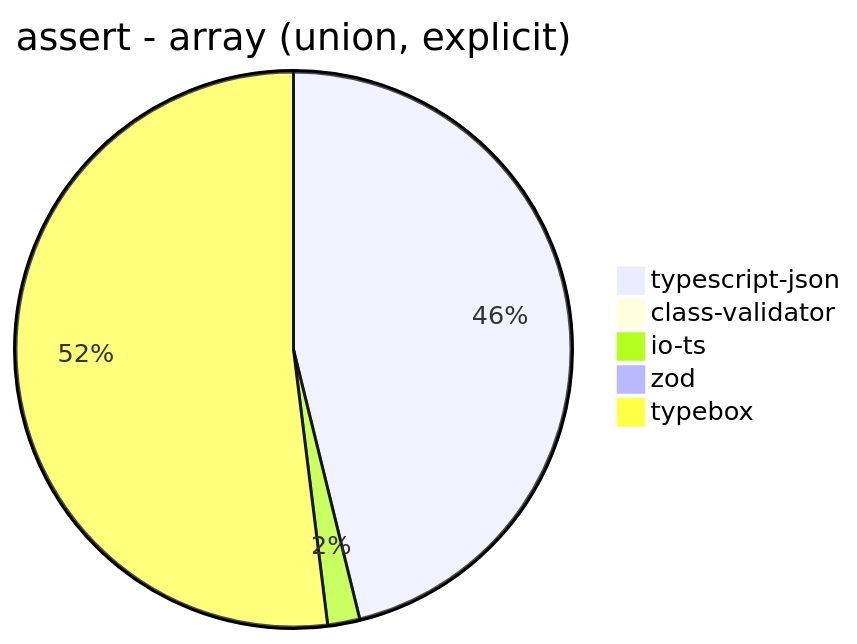
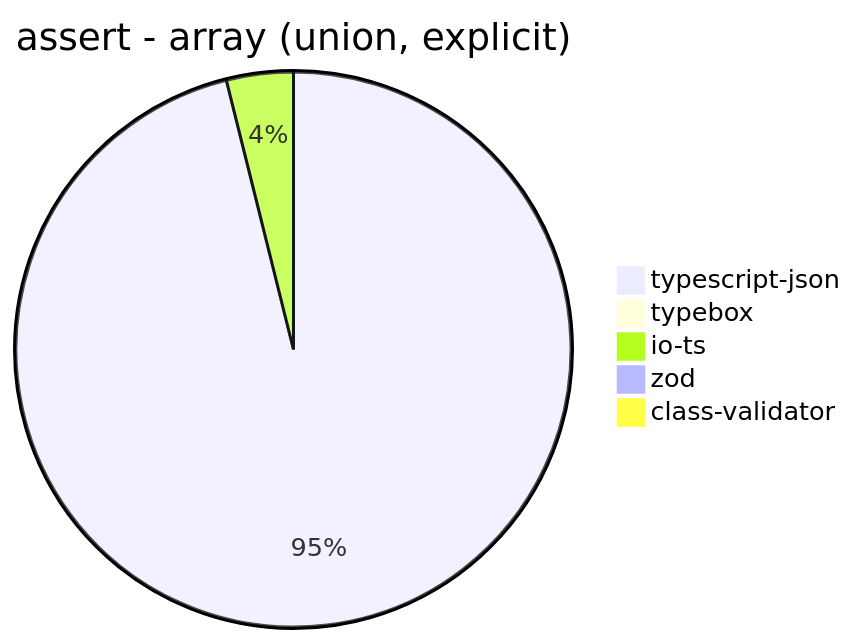
One commit to samchon/typia changed diagram 14 of 39 in benchmark/results/AMD Ryzen 7 3700X 8-Core Processor.md. Above: the diagram before and after it, drawn with Mermaid. The commit also changed other lines of this file and 10 other files, not shown here.

````diff
--- a/benchmark/results/AMD Ryzen 7 3700X 8-Core Processor.md
+++ b/benchmark/results/AMD Ryzen 7 3700X 8-Core Processor.md
@@ -176,8 +184,8 @@
 ```mermaid
 pie title assert - array (union, explicit)
-  "typescript-json": 1512.439658373561
-  "class-validator": 6.460193805814175
-  "io-ts": 61.206281227694504
-  "zod": 2.2522522522522523
-  "typebox": 1702.5870091196723
+  "typescript-json": 1479.6543032048974
+  "typebox": 13.333333333333332
+  "io-ts": 59.85783763561541
+  "zod": 2.25521518511558
+  "class-validator": 5.9913873806403295
 ```
````
